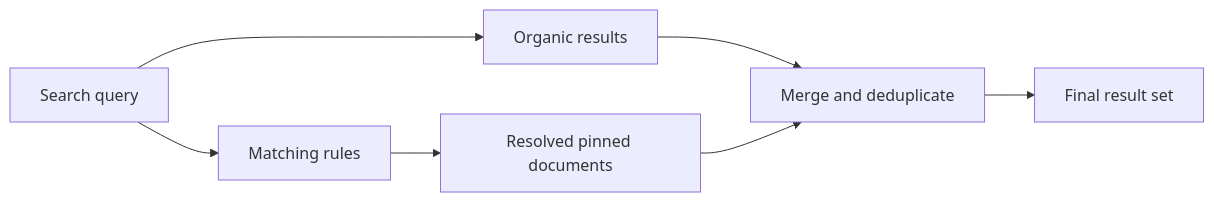
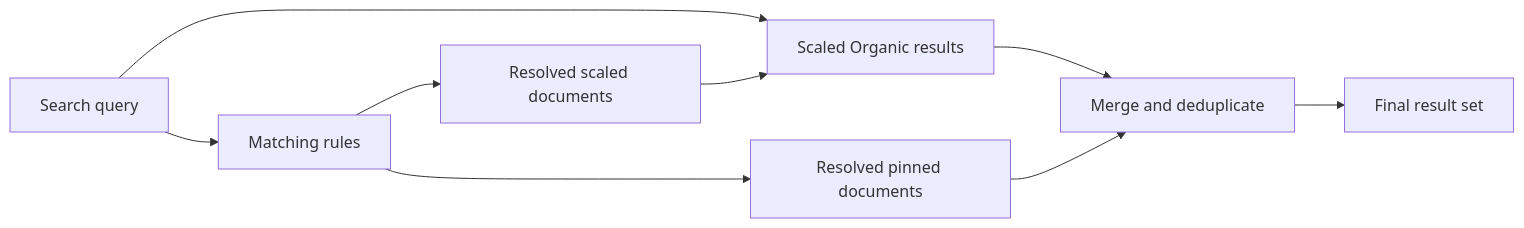
One commit to meilisearch/documentation changed the diagram in capabilities/search_rules/overview.mdx. Above: the diagram before and after it, drawn with Mermaid. The commit also changed other lines of this file and 7 other files, not shown here.

````diff
--- a/capabilities/search_rules/overview.mdx
+++ b/capabilities/search_rules/overview.mdx
@@ -31,9 +37,11 @@
 ```mermaid
 flowchart LR
-    Q[Search query] --> O[Organic results]
-    Q --> R[Matching rules]
+    Q[Search query] --> R[Matching rules]
     R --> P[Resolved pinned documents]
+    R --> S[Resolved scaled documents]
+    Q --> O[Scaled Organic results]
+    S --> O
     O --> M[Merge and deduplicate]
     P --> M
     M --> F[Final result set]
 ```
````
